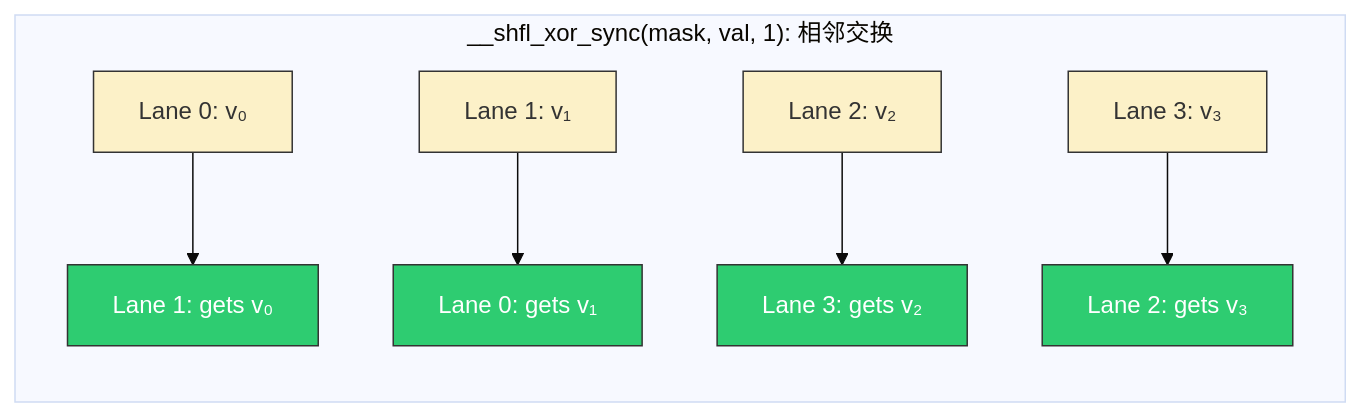
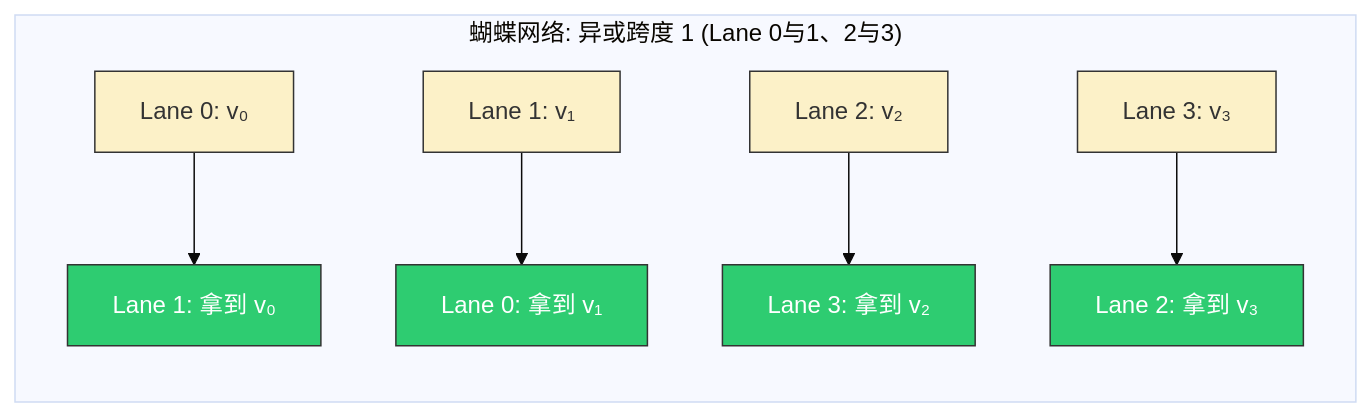
One commit to psmarter/CUDA-Practice changed the first of 2 diagrams in Blogs/06_Warp_Primitives_Register_Shuffle.md. Above: the diagram before and after it, drawn with Mermaid (base theme). The commit also changed other lines of this file and 14 other files, not shown here.

````diff
--- a/Blogs/06_Warp_Primitives_Register_Shuffle.md
+++ b/Blogs/06_Warp_Primitives_Register_Shuffle.md
@@ -26,12 +51,12 @@
 ```mermaid
 graph LR
     classDef lane fill:#fcf1c8,stroke:#333;
     classDef result fill:#2ecc71,stroke:#333,color:#fff;
 
-    subgraph "__shfl_xor_sync(mask, val, 1): 相邻交换"
-        L0["Lane 0: v₀"]:::lane --> L1R["Lane 1: gets v₀"]:::result
-        L1["Lane 1: v₁"]:::lane --> L0R["Lane 0: gets v₁"]:::result
-        L2["Lane 2: v₂"]:::lane --> L3R["Lane 3: gets v₂"]:::result
-        L3["Lane 3: v₃"]:::lane --> L2R["Lane 2: gets v₃"]:::result
+    subgraph "蝴蝶网络: 异或跨度 1 (Lane 0与1、2与3)"
+        L0["Lane 0: v₀"]:::lane --> L1R["Lane 1: 拿到 v₀"]:::result
+        L1["Lane 1: v₁"]:::lane --> L0R["Lane 0: 拿到 v₁"]:::result
+        L2["Lane 2: v₂"]:::lane --> L3R["Lane 3: 拿到 v₂"]:::result
+        L3["Lane 3: v₃"]:::lane --> L2R["Lane 2: 拿到 v₃"]:::result
     end
 ```
````
